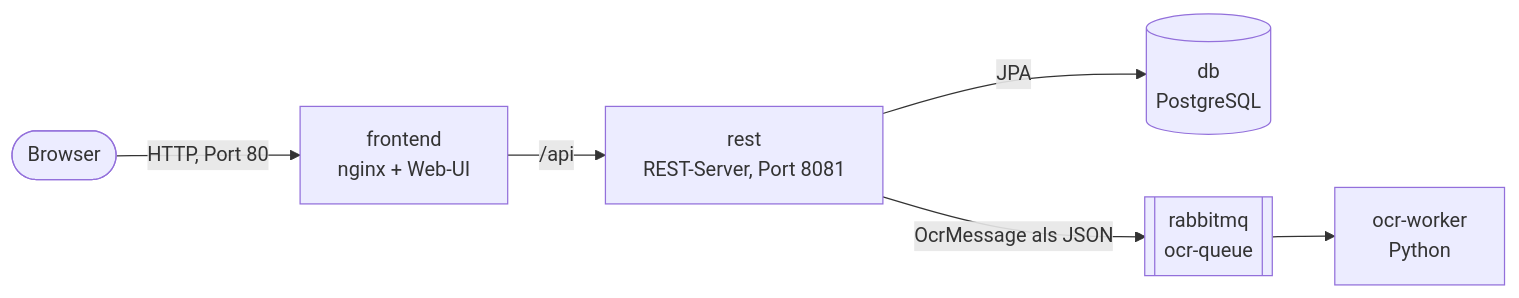
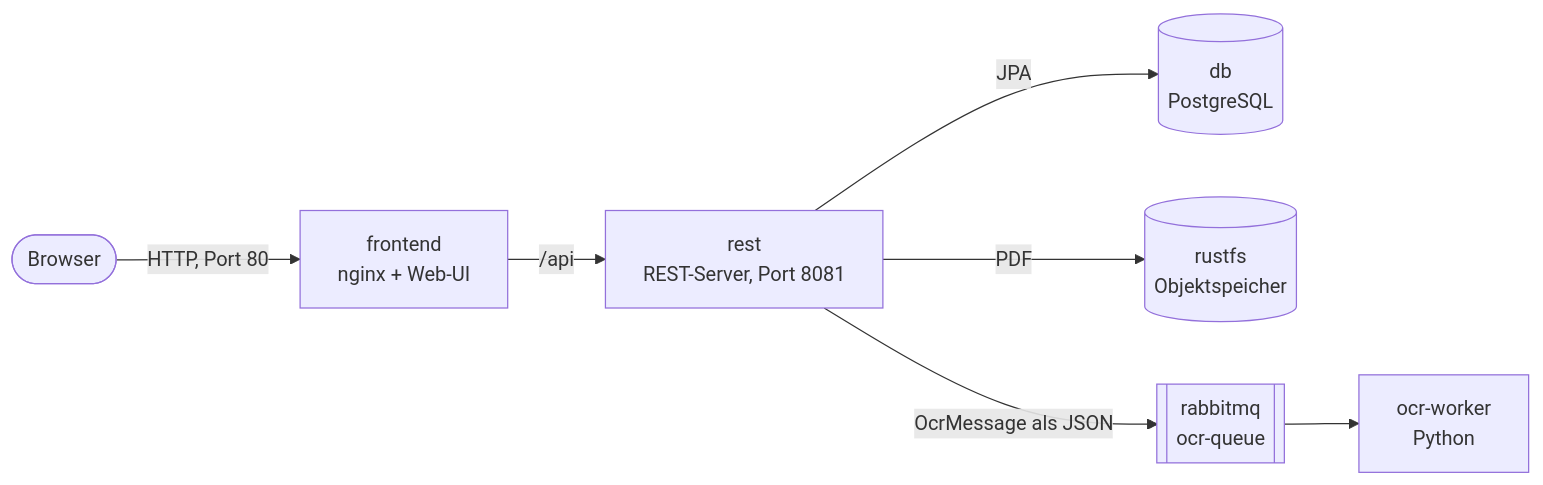
Before and after one commit to PrawdaMax/DocumentManagementSystem: the diagram in README.md, drawn with Mermaid. The commit also changed other lines of this file and 21 other files, not shown here.

````diff
--- a/README.md
+++ b/README.md
@@ -15,8 +15,9 @@
 ```mermaid
 flowchart LR
     browser([Browser]) -->|HTTP, Port 80| frontend["frontend<br/>nginx + Web-UI"]
     frontend -->|/api| rest["rest<br/>REST-Server, Port 8081"]
     rest -->|JPA| db[("db<br/>PostgreSQL")]
+    rest -->|PDF| rustfs[("rustfs<br/>Objektspeicher")]
     rest -->|OcrMessage als JSON| queue[["rabbitmq<br/>ocr-queue"]]
     queue --> worker["ocr-worker<br/>Python"]
 ```
````
